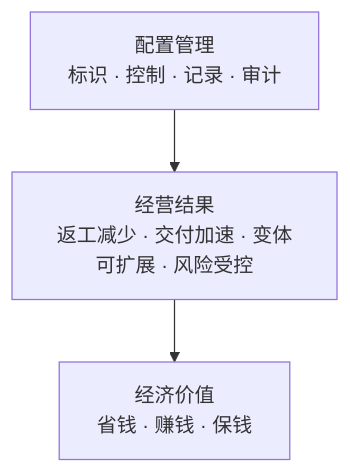
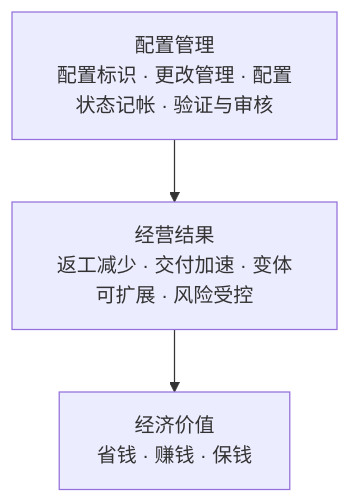
Before and after one commit to Yongjunzhou/AOS-system-design: the tenth of 10 diagrams in 100-subprojects/01-系统工程研究/00-系统工程相关研究报告/04-配置管理概念研究报告-从配置定义到商业价值.md, drawn with Mermaid. The commit also changed other lines of this file and 10 other files, not shown here.

````diff
--- a/100-subprojects/01-系统工程研究/00-系统工程相关研究报告/04-配置管理概念研究报告-从配置定义到商业价值.md
+++ b/100-subprojects/01-系统工程研究/00-系统工程相关研究报告/04-配置管理概念研究报告-从配置定义到商业价值.md
@@ -440,5 +455,5 @@
 ```mermaid
 flowchart TD
-    M["配置管理<br/>标识 · 控制 · 记录 · 审计"] --> O["经营结果<br/>返工减少 · 交付加速 · 变体可扩展 · 风险受控"]
+    M["配置管理<br/>配置标识 · 更改管理 · 配置状态记帐 · 验证与审核"] --> O["经营结果<br/>返工减少 · 交付加速 · 变体可扩展 · 风险受控"]
     O --> V["经济价值<br/>省钱 · 赚钱 · 保钱"]
 ```
````
